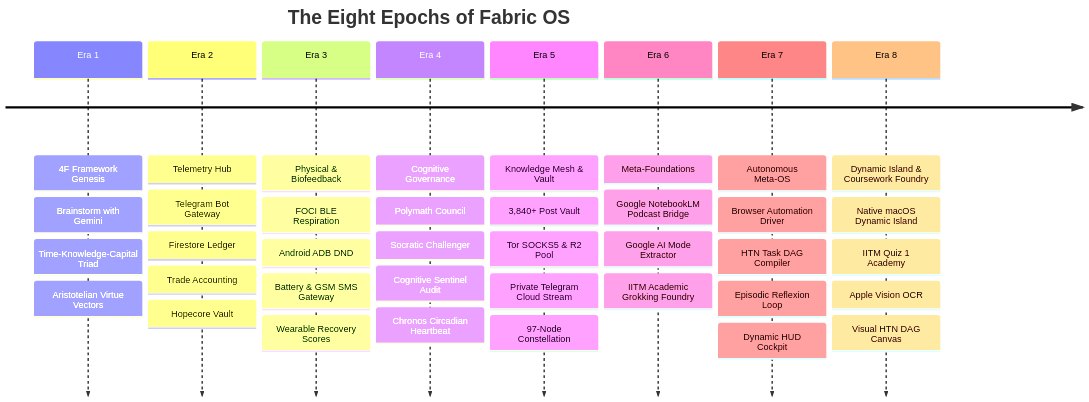
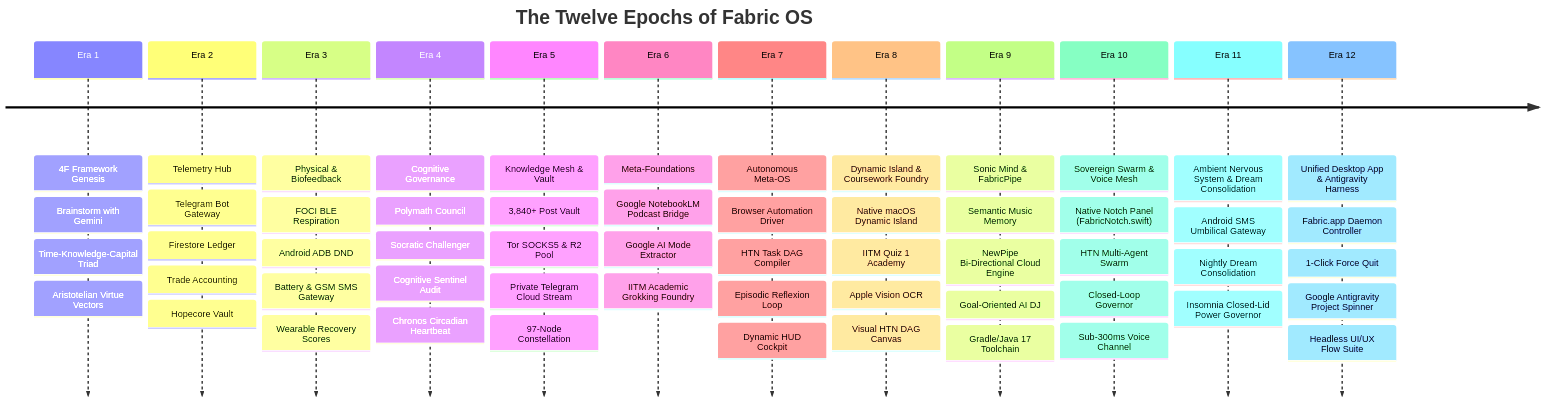
One commit to holy-script/fabric changed the first of 3 diagrams in docs/EXPLAINABILITY_AND_EVOLUTION.md. Above: the diagram before and after it, drawn with Mermaid. The commit also changed other lines of this file and 4 other files, not shown here.

Commit message:
docs: 12-epoch architecture dossier, master resume prompt & test suite resilience

````diff
--- a/docs/EXPLAINABILITY_AND_EVOLUTION.md
+++ b/docs/EXPLAINABILITY_AND_EVOLUTION.md
@@ -72,12 +72,16 @@
 ```mermaid
 timeline
-    title The Eight Epochs of Fabric OS
+    title The Twelve Epochs of Fabric OS
     Era 1 : 4F Framework Genesis : Brainstorm with Gemini : Time-Knowledge-Capital Triad : Aristotelian Virtue Vectors
     Era 2 : Telemetry Hub : Telegram Bot Gateway : Firestore Ledger : Trade Accounting : Hopecore Vault
     Era 3 : Physical & Biofeedback : FOCI BLE Respiration : Android ADB DND : Battery & GSM SMS Gateway : Wearable Recovery Scores
     Era 4 : Cognitive Governance : Polymath Council : Socratic Challenger : Cognitive Sentinel Audit : Chronos Circadian Heartbeat
     Era 5 : Knowledge Mesh & Vault : 3,840+ Post Vault : Tor SOCKS5 & R2 Pool : Private Telegram Cloud Stream : 97-Node Constellation
     Era 6 : Meta-Foundations : Google NotebookLM Podcast Bridge : Google AI Mode Extractor : IITM Academic Grokking Foundry
     Era 7 : Autonomous Meta-OS : Browser Automation Driver : HTN Task DAG Compiler : Episodic Reflexion Loop : Dynamic HUD Cockpit
     Era 8 : Dynamic Island & Coursework Foundry : Native macOS Dynamic Island : IITM Quiz 1 Academy : Apple Vision OCR : Visual HTN DAG Canvas
+    Era 9 : Sonic Mind & FabricPipe : Semantic Music Memory : NewPipe Bi-Directional Cloud Engine : Goal-Oriented AI DJ : Gradle/Java 17 Toolchain
+    Era 10 : Sovereign Swarm & Voice Mesh : Native Notch Panel (FabricNotch.swift) : HTN Multi-Agent Swarm : Closed-Loop Governor : Sub-300ms Voice Channel
+    Era 11 : Ambient Nervous System & Dream Consolidation : Android SMS Umbilical Gateway : Nightly Dream Consolidation : Insomnia Closed-Lid Power Governor
+    Era 12 : Unified Desktop App & Antigravity Harness : Fabric.app Daemon Controller : 1-Click Force Quit : Google Antigravity Project Spinner : Headless UI/UX Flow Suite
 ```
````
